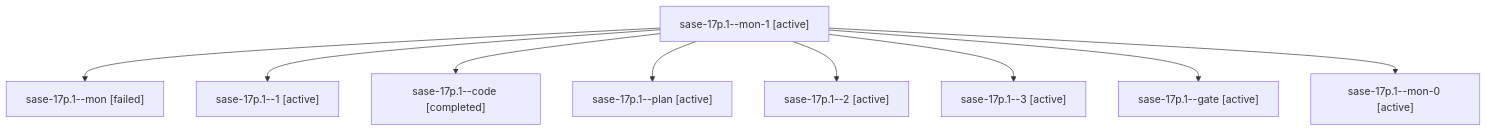
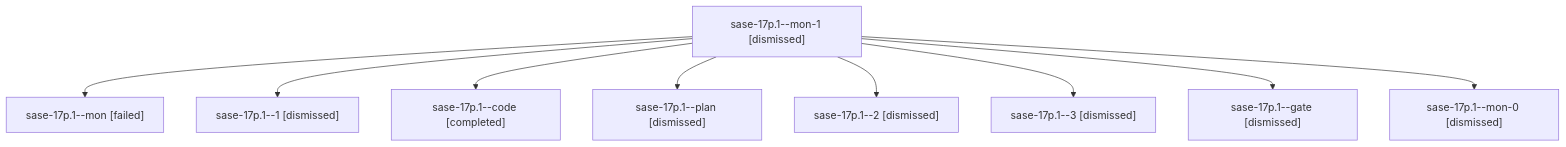
One commit to sase-org/sase--agents changed the diagram in sessions/bbugyi200.athena.sase-17p.1.md. Above: the diagram before and after it, drawn with Mermaid. The commit also changed other lines of this file and 179 other files, not shown here.

````diff
--- a/sessions/bbugyi200.athena.sase-17p.1.md
+++ b/sessions/bbugyi200.athena.sase-17p.1.md
@@ -9,20 +9,20 @@
 ```mermaid
 flowchart TD
-  n0["sase-17p.1--mon-1 [active]"]
+  n0["sase-17p.1--mon-1 [dismissed]"]
   n1["sase-17p.1--mon [failed]"]
   n0 --> n1
-  n2["sase-17p.1--1 [active]"]
+  n2["sase-17p.1--1 [dismissed]"]
   n0 --> n2
   n3["sase-17p.1--code [completed]"]
   n0 --> n3
-  n4["sase-17p.1--plan [active]"]
+  n4["sase-17p.1--plan [dismissed]"]
   n0 --> n4
-  n5["sase-17p.1--2 [active]"]
+  n5["sase-17p.1--2 [dismissed]"]
   n0 --> n5
-  n6["sase-17p.1--3 [active]"]
+  n6["sase-17p.1--3 [dismissed]"]
   n0 --> n6
-  n7["sase-17p.1--gate [active]"]
+  n7["sase-17p.1--gate [dismissed]"]
   n0 --> n7
-  n8["sase-17p.1--mon-0 [active]"]
+  n8["sase-17p.1--mon-0 [dismissed]"]
   n0 --> n8
 ```
````
